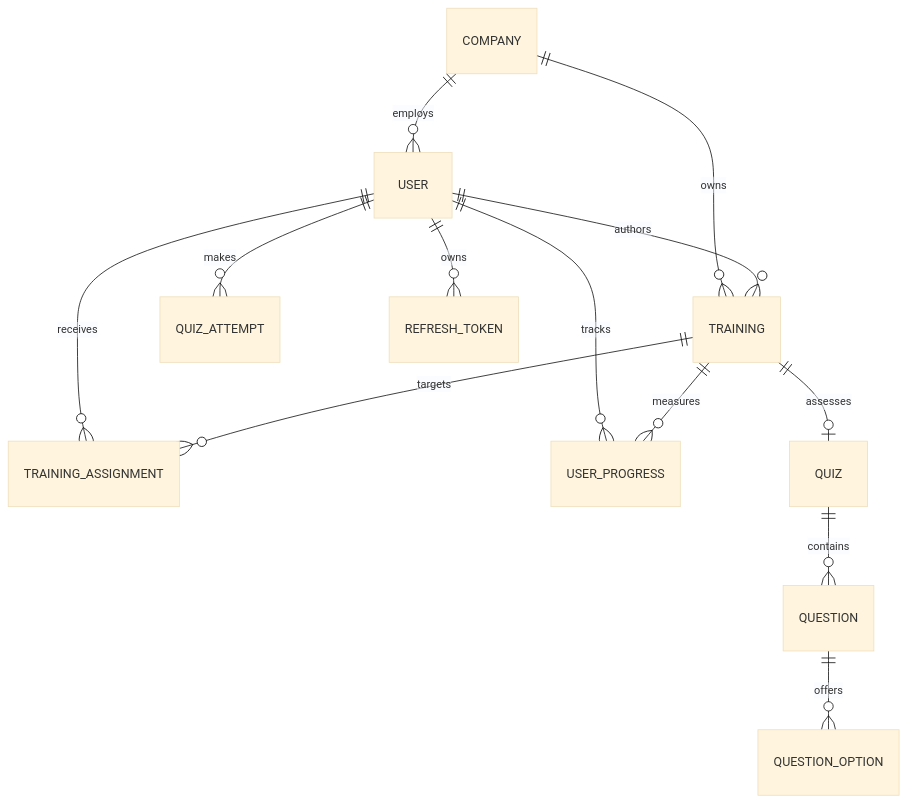
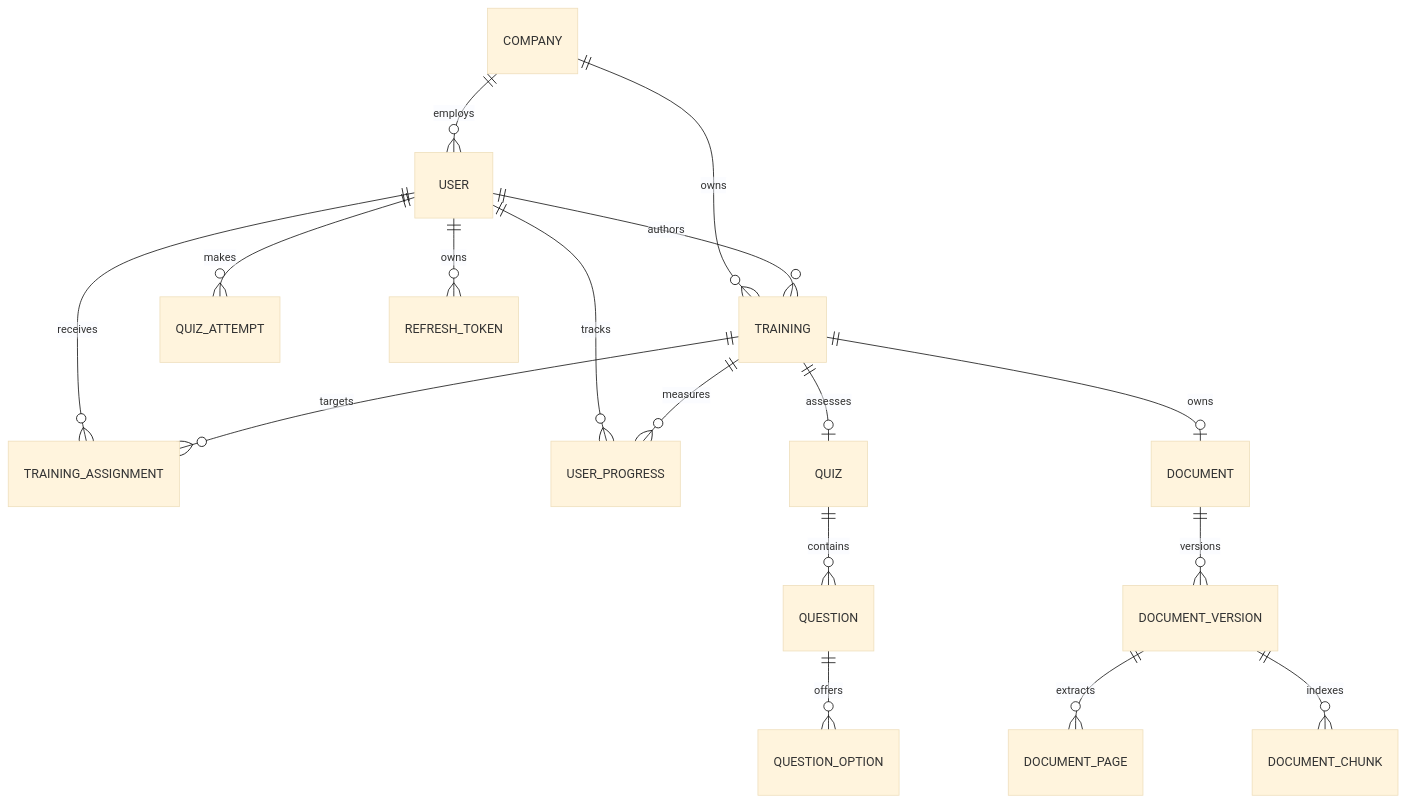
The diagram in docs/database.md (Leandrosp9/webapp-workflix), drawn with Mermaid (base theme) before and after one commit. The commit also changed other lines of this file and 6 other files, not shown here.

````diff
--- a/docs/database.md
+++ b/docs/database.md
@@ -9,16 +9,20 @@
 ```mermaid
 erDiagram
     COMPANY ||--o{ USER : employs
     COMPANY ||--o{ TRAINING : owns
     USER ||--o{ TRAINING : authors
     USER ||--o{ TRAINING_ASSIGNMENT : receives
     TRAINING ||--o{ TRAINING_ASSIGNMENT : targets
     USER ||--o{ USER_PROGRESS : tracks
     TRAINING ||--o{ USER_PROGRESS : measures
 
     TRAINING ||--o| QUIZ : assesses
     QUIZ ||--o{ QUESTION : contains
     QUESTION ||--o{ QUESTION_OPTION : offers
     USER ||--o{ QUIZ_ATTEMPT : makes
     USER ||--o{ REFRESH_TOKEN : owns
+    TRAINING ||--o| DOCUMENT : owns
+    DOCUMENT ||--o{ DOCUMENT_VERSION : versions
+    DOCUMENT_VERSION ||--o{ DOCUMENT_PAGE : extracts
+    DOCUMENT_VERSION ||--o{ DOCUMENT_CHUNK : indexes
 ```
````
